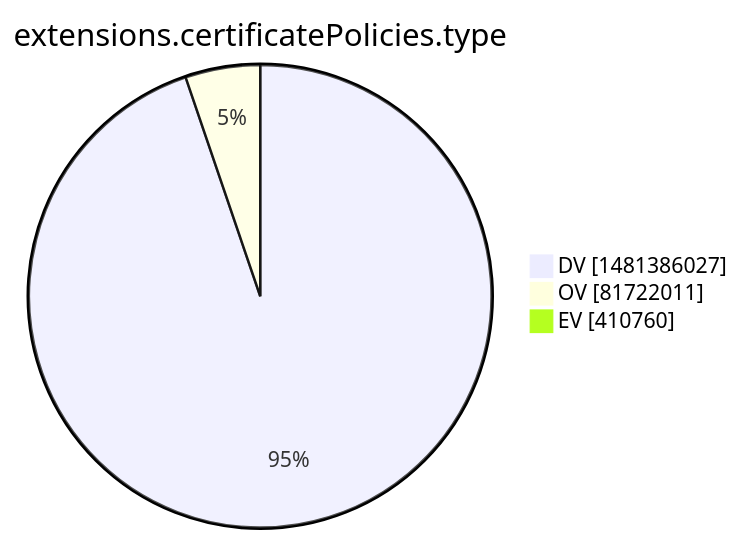
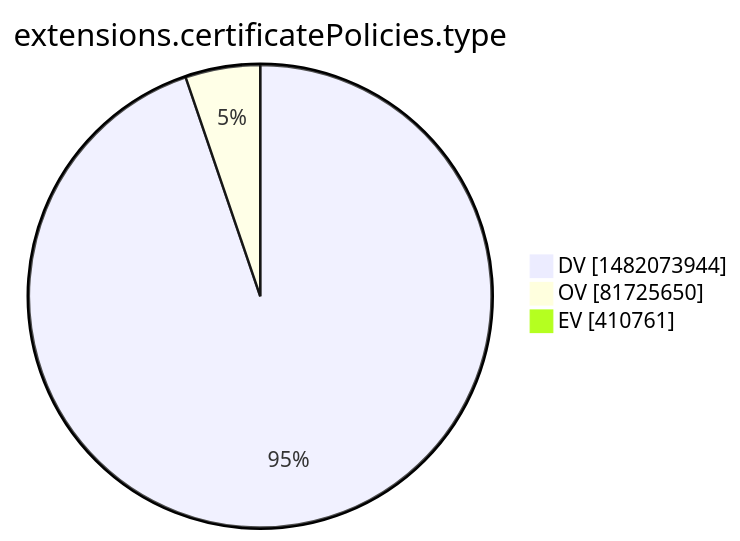
Before and after one commit to christiankrug/ctmonitor_visualization: the tenth of 15 diagrams in xenon2022/README.md, drawn with Mermaid. The commit also changed other lines of this file, not shown here.

````diff
--- a/xenon2022/README.md
+++ b/xenon2022/README.md
@@ -2873,7 +2873,7 @@
 ```mermaid
 pie showData
 title extensions.certificatePolicies.type
-"DV" :1481386027
-"OV" :81722011
-"EV" :410760
+"DV" :1482073944
+"OV" :81725650
+"EV" :410761
 ```
````
